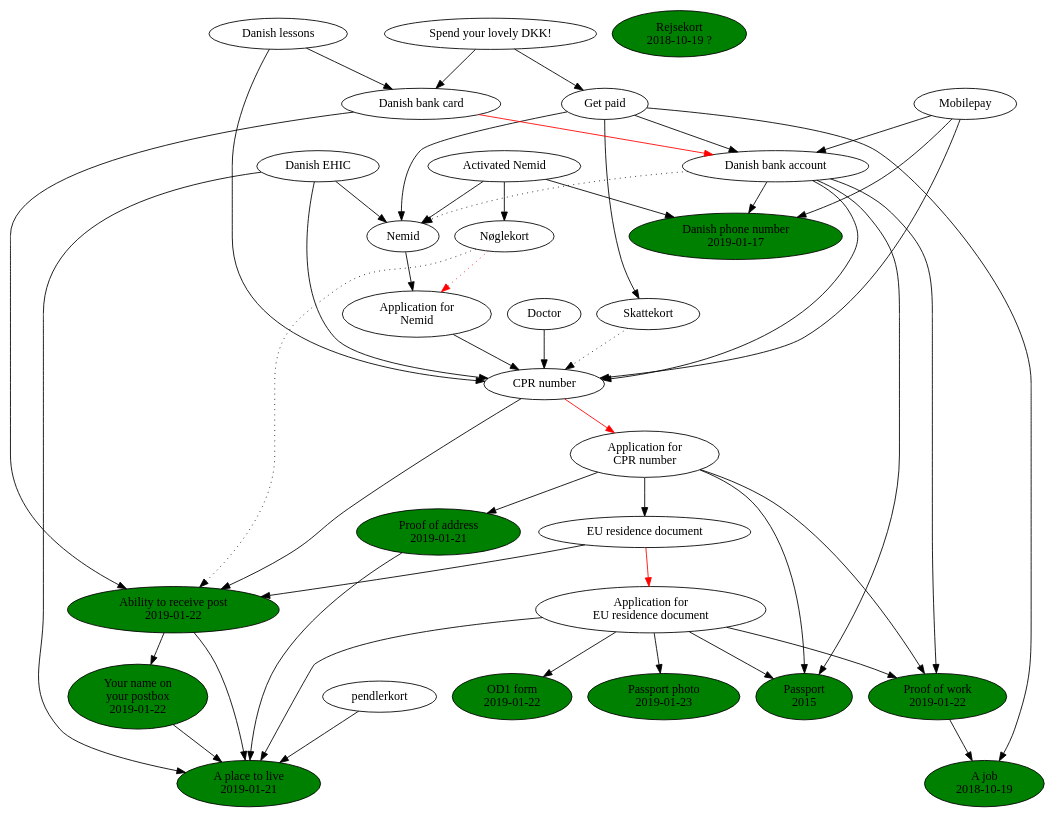
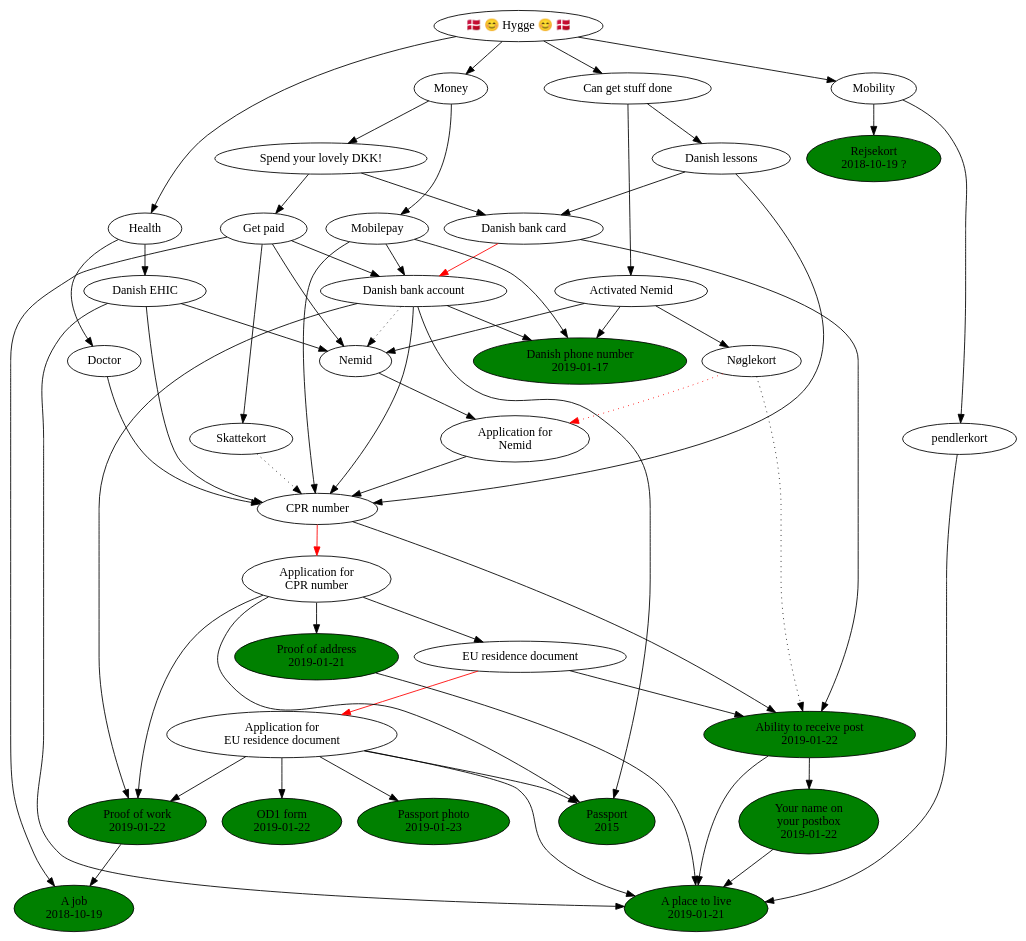
One commit to NoahBohme/emigrerer-til-danmark changed the diagram in flytter-til-danmark.dot. Above: the diagram before and after it, drawn with Graphviz. The commit also changed 2 other files, not shown here.

```diff
--- a/flytter-til-danmark.dot
+++ b/flytter-til-danmark.dot
@@ -1,103 +1,122 @@
 digraph g {
   job [ label="A job\n2018-10-19" style=filled fillcolor=green ]
   proof_of_work [ label="Proof of work\n2019-01-22" style=filled fillcolor=green ]
   proof_of_work -> job
 
   passport [ label="Passport\n2015" style=filled fillcolor=green ]
 
   danish_phone_number [ label="Danish phone number\n2019-01-17" style=filled fillcolor=green ]
   rejsekort [ label="Rejsekort\n2018-10-19 ?" style=filled fillcolor=green ]
 
   place_to_live [ label="A place to live\n2019-01-21" style=filled fillcolor=green ]
 
   name_on_postbox [ label="Your name on\nyour postbox\n2019-01-22" style=filled fillcolor=green ]
   name_on_postbox -> place_to_live
 
   can_receive_post [ label="Ability to receive post\n2019-01-22" style=filled fillcolor=green ]
   can_receive_post -> place_to_live
   can_receive_post -> name_on_postbox
 
   pendlerkort
   pendlerkort -> place_to_live
 
   eu_residence_document_application [ label="Application for\nEU residence document" ]
   eu_residence_document_application -> place_to_live
   eu_residence_document_application -> proof_of_work
   eu_residence_document_application -> passport
   eu_residence_document_application -> od1_form
   od1_form [ label="OD1 form\n2019-01-22" style=filled fillcolor=green ]
   passport_photo [ label="Passport photo\n2019-01-23" style=filled fillcolor=green ]
   eu_residence_document_application -> passport_photo
 
   eu_residence_document [ label="EU residence document" ]
   eu_residence_document -> eu_residence_document_application [ color="red" ]
   eu_residence_document -> can_receive_post
 
   cpr_number_application [ label="Application for\nCPR number" ]
   cpr_number_application -> eu_residence_document
   cpr_number_application -> proof_of_work
   cpr_number_application -> proof_of_address
   cpr_number_application -> passport
 
   cpr_number [ label="CPR number" ]
   cpr_number -> cpr_number_application [ color="red" ]
   cpr_number -> can_receive_post
 
   proof_of_address [ label="Proof of address\n2019-01-21" style=filled fillcolor=green ]
   proof_of_address -> place_to_live
 
   skattekort [ label="Skattekort" ]
   skattekort -> cpr_number [ style="dotted" ]
 
   nemid_application [ label="Application for\nNemid" ]
   nemid_application -> cpr_number
   nemid [ label="Nemid" ]
   nemid -> nemid_application
 
   danish_bank_account [ label="Danish bank account" ]
   danish_bank_account -> cpr_number
   danish_bank_account -> proof_of_work
   danish_bank_account -> nemid [ style="dotted" ]
   danish_bank_account -> passport
   danish_bank_account -> danish_phone_number
 
   activated_nemid [ label="Activated Nemid" ]
   activated_nemid -> nemid
   activated_nemid -> danish_phone_number
   noglekort [ label="Nøglekort" ]
   activated_nemid -> noglekort
   noglekort -> nemid_application [ style="dotted" color="red" ]
   noglekort -> can_receive_post [ style="dotted" ]
 
   ehic [ label="Danish EHIC" ]
   ehic -> cpr_number
   ehic -> nemid
   ehic -> place_to_live
 
   doctor [ label="Doctor" ]
   doctor -> cpr_number
 
   get_paid [ label="Get paid" ]
   get_paid -> job
   get_paid -> skattekort
   get_paid -> danish_bank_account
   get_paid -> nemid
 
   danish_lessions [ label="Danish lessons" ]
   danish_lessions -> cpr_number
   danish_lessions -> danish_bank_card
 
   danish_bank_card [ label="Danish bank card" ]
   danish_bank_card -> danish_bank_account [ color="red" ]
   danish_bank_card -> can_receive_post
 
   spend_lovely_dkk [ label="Spend your lovely DKK!" ]
   spend_lovely_dkk -> get_paid
   spend_lovely_dkk -> danish_bank_card
 
   mobilepay [ label="Mobilepay" ]
   mobilepay -> cpr_number
   mobilepay -> danish_phone_number
   mobilepay -> danish_bank_account
 
+  // Det endeligt mål
+  hygge [ label="🇩🇰 😊 Hygge 😊 🇩🇰" ]
+
+  hygge -> helbred
+  helbred [ label="Health" ]
+  helbred -> doctor
+  helbred -> ehic
+  hygge -> penge
+  penge [ label="Money" ]
+  penge -> spend_lovely_dkk
+  penge -> mobilepay
+  hygge -> rejser
+  rejser [ label="Mobility" ]
+  rejser -> pendlerkort
+  rejser -> rejsekort
+  hygge -> faa_ting_gjort
+  faa_ting_gjort [ label="Can get stuff done" ]
+  faa_ting_gjort -> activated_nemid
+  faa_ting_gjort -> danish_lessions
 }
```
